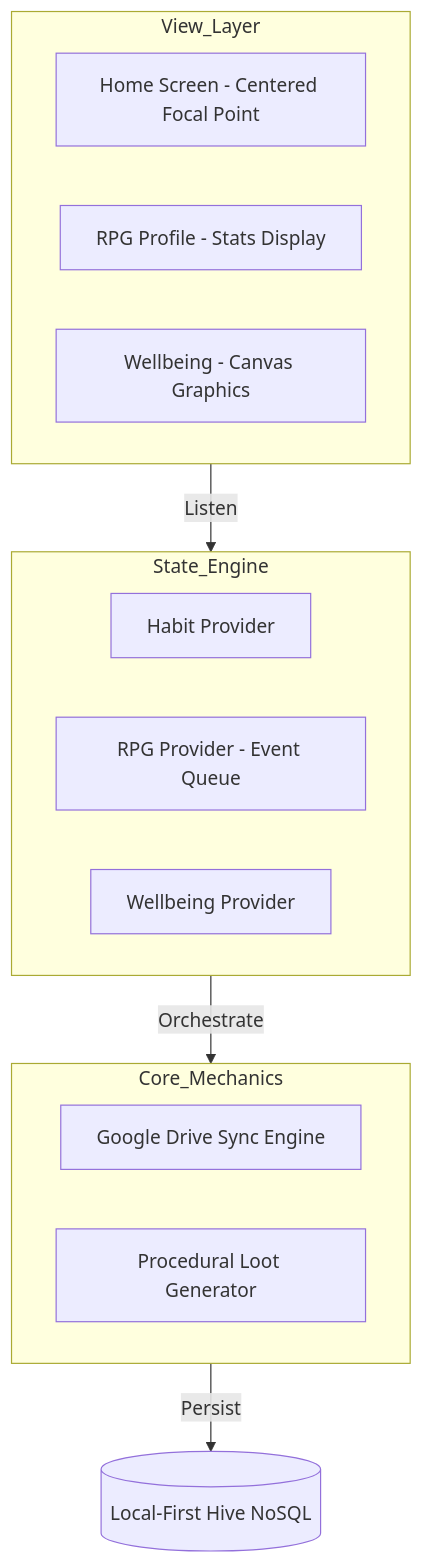
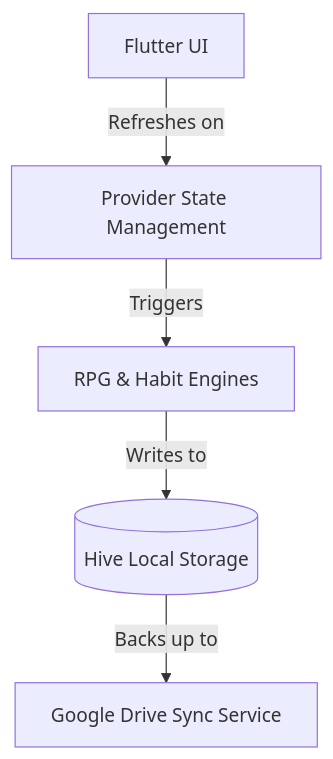
One commit to maisachinsharmahu/Loopin-Showcase changed the diagram in README.md. Above: the diagram before and after it, drawn with Mermaid. The commit also changed other lines of this file, not shown here.

````diff
--- a/README.md
+++ b/README.md
@@ -76,23 +53,7 @@
 ```mermaid
 graph TD
-    subgraph View_Layer
-        HS[Home Screen - Centered Focal Point]
-        RPG[RPG Profile - Stats Display]
-        WB[Wellbeing - Canvas Graphics]
-    end
-
-    subgraph State_Engine
-        HP[Habit Provider]
-        RP[RPG Provider - Event Queue]
-        WBP[Wellbeing Provider]
-    end
-
-    subgraph Core_Mechanics
-        Sync[Google Drive Sync Engine]
-        Loot[Procedural Loot Generator]
-    end
-
-    View_Layer -->|Listen| State_Engine
-    State_Engine -->|Orchestrate| Core_Mechanics
-    Core_Mechanics -->|Persist| Hive[(Local-First Hive NoSQL)]
+    UI[Flutter UI] -->|Refreshes on| State[Provider State Management]
+    State -->|Triggers| Logic[RPG & Habit Engines]
+    Logic -->|Writes to| Hive[(Hive Local Storage)]
+    Hive -->|Backs up to| Sync[Google Drive Sync Service]
 ```
````
